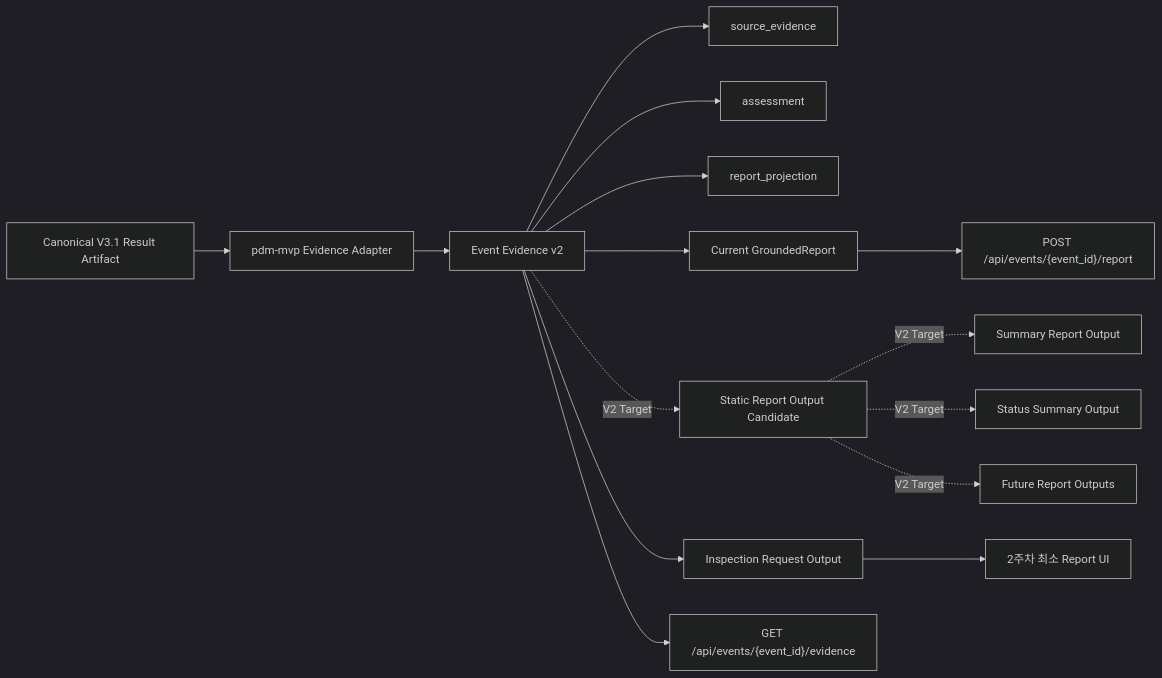
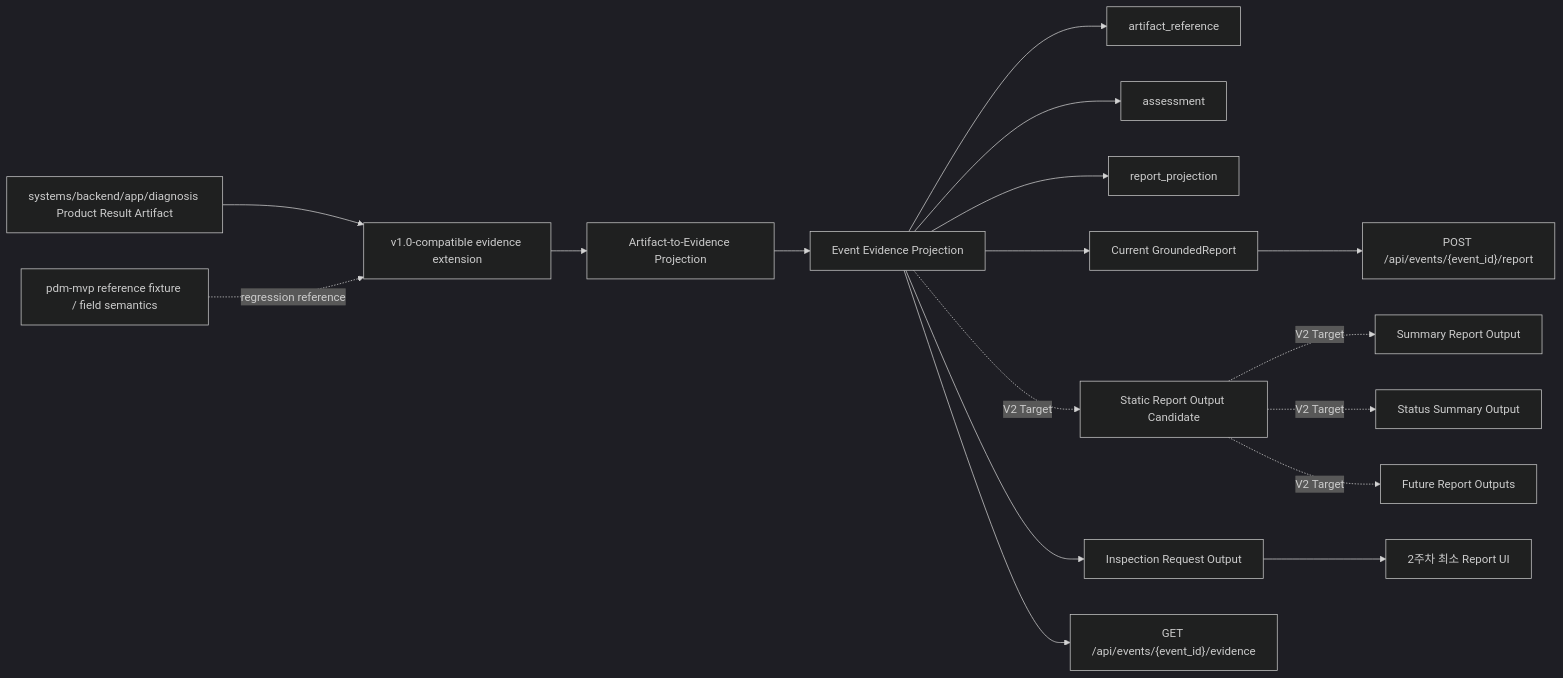
The diagram in docs/mentoring-mvp-2026-08/pdm-evidence-report-ui-integration-plan.md (Biz-CollabCraft/ontology_dashboard), drawn with Mermaid (dark theme) before and after one commit. The commit also changed other lines of this file and 1 other file, not shown here.

Commit message:
docs: align PdM evidence plan with artifact extension

````diff
--- a/docs/mentoring-mvp-2026-08/pdm-evidence-report-ui-integration-plan.md
+++ b/docs/mentoring-mvp-2026-08/pdm-evidence-report-ui-integration-plan.md
@@ -52,17 +66,19 @@
 ```mermaid
 flowchart LR
-  A["Canonical V3.1 Result Artifact"] --> B["pdm-mvp Evidence Adapter"]
-  B --> C["Event Evidence v2"]
-  C --> C1["source_evidence"]
+  A["systems/backend/app/diagnosis Product Result Artifact"] --> X["v1.0-compatible evidence extension"]
+  R["pdm-mvp reference fixture / field semantics"] -. "regression reference" .-> X
+  X --> B["Artifact-to-Evidence Projection"]
+  B --> C["Event Evidence Projection"]
+  C --> C1["artifact_reference"]
   C --> C2["assessment"]
   C --> C3["report_projection"]
   C --> D["Current GroundedReport"]
   C -. "V2 Target" .-> E["Static Report Output Candidate"]
   E -. "V2 Target" .-> F["Summary Report Output"]
   C --> G["Inspection Request Output"]
   E -. "V2 Target" .-> H["Status Summary Output"]
   E -. "V2 Target" .-> L["Future Report Outputs"]
   C --> I["GET /api/events/{event_id}/evidence"]
   D --> J["POST /api/events/{event_id}/report"]
   G --> K["2주차 최소 Report UI"]
 ```
````
